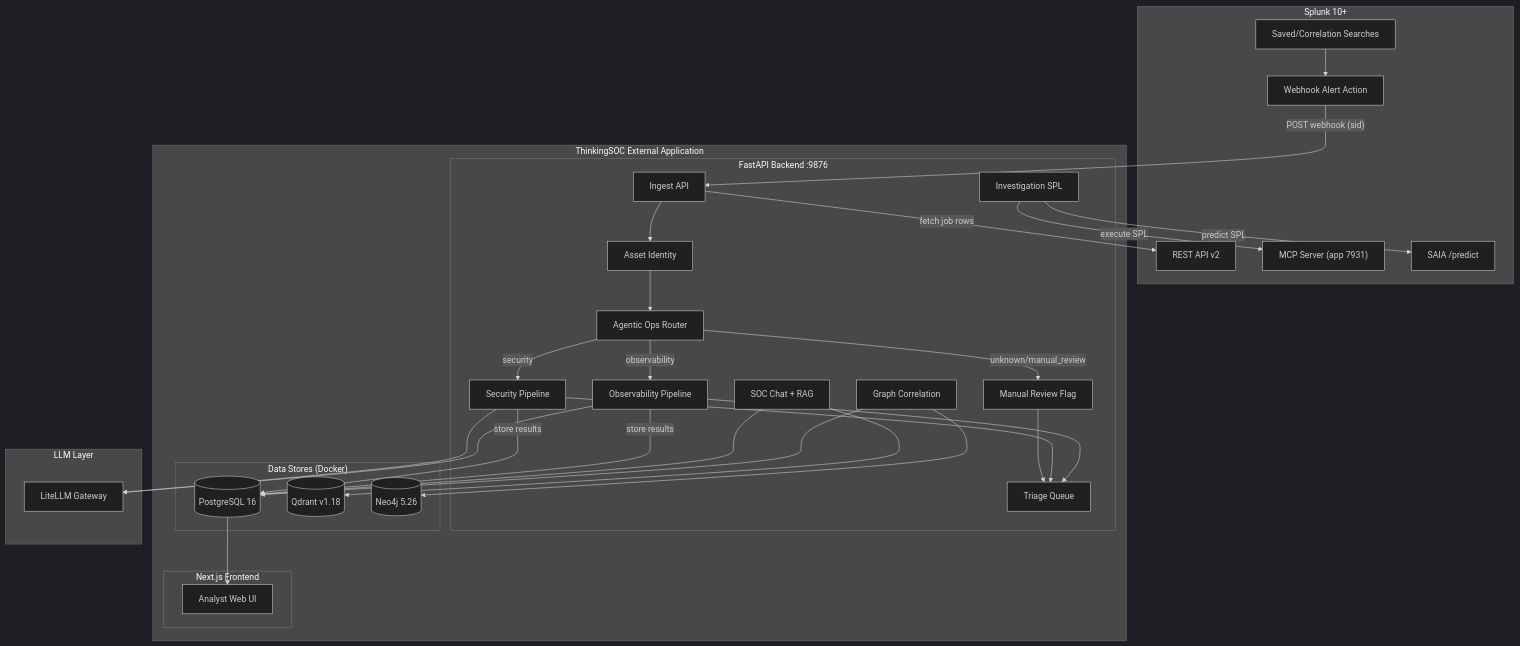
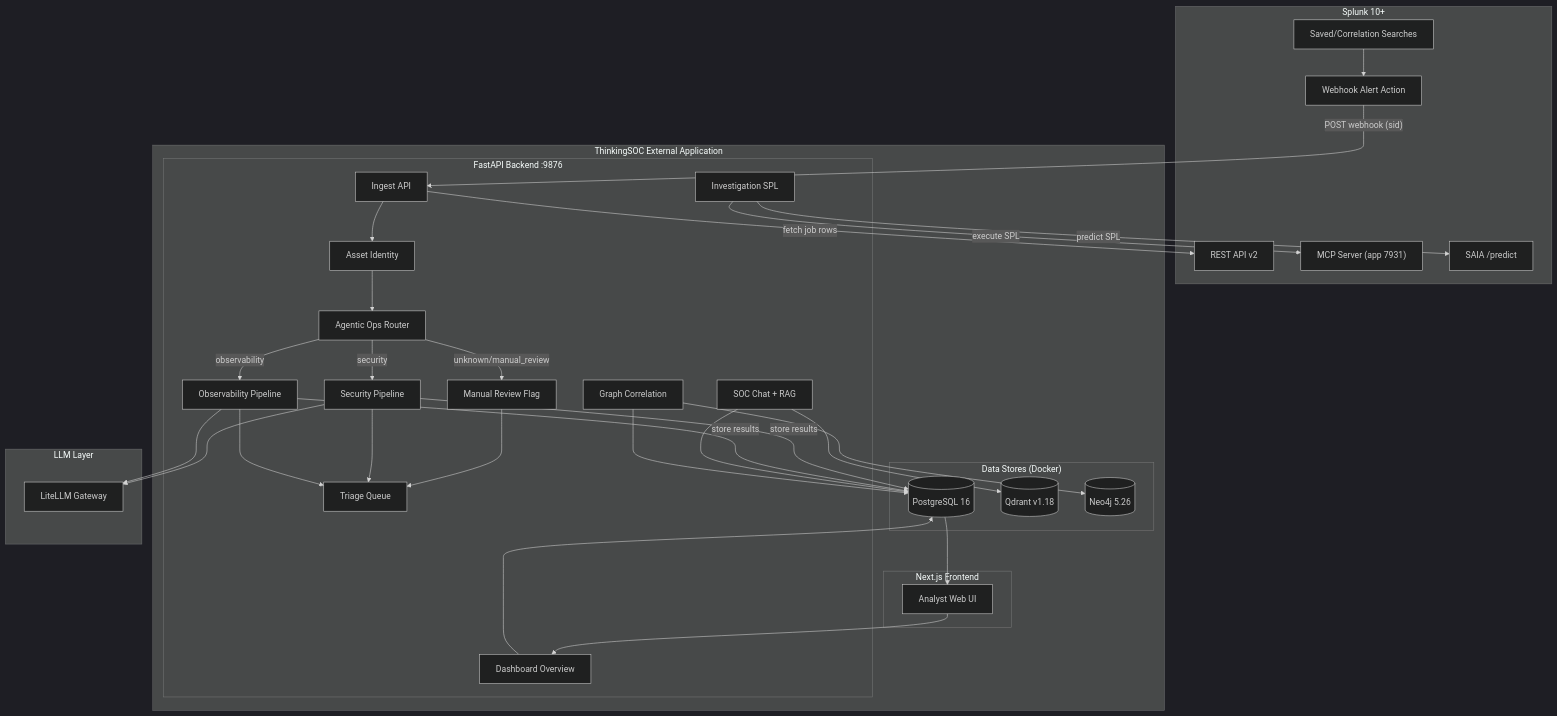
The first of 8 diagrams in docs/architecture-views.md (Sepideh-Asadollahi/ThinkingSOC-splunk-hackathon), drawn with Mermaid (dark theme) before and after one commit. The commit also changed other lines of this file and 55 other files, not shown here.

````diff
--- a/docs/architecture-views.md
+++ b/docs/architecture-views.md
@@ -11,62 +11,65 @@
 ```mermaid
 flowchart TB
   subgraph splunkZone ["Splunk 10+"]
     SavedSearch["Saved/Correlation Searches"]
     AlertAction["Webhook Alert Action"]
     SplunkREST["REST API v2"]
     SplunkMCP["MCP Server (app 7931)"]
     SAIA["SAIA /predict"]
   end
 
   subgraph appZone ["ThinkingSOC External Application"]
     subgraph backend ["FastAPI Backend :9876"]
       IngestAPI["Ingest API"]
       Classifier["Agentic Ops Router"]
       HumanReview["Manual Review Flag"]
       SecPipeline["Security Pipeline"]
       ObsPipeline["Observability Pipeline"]
       Inventory["Asset Identity"]
       SOCChat["SOC Chat + RAG"]
       Correlation["Graph Correlation"]
       TriageQueue["Triage Queue"]
+      Dashboard["Dashboard Overview"]
       InvestSPL["Investigation SPL"]
     end
 
     subgraph dataStores ["Data Stores (Docker)"]
       PG[("PostgreSQL 16")]
       Qdrant[("Qdrant v1.18")]
       Neo4j[("Neo4j 5.26")]
     end
 
     subgraph frontendZone ["Next.js Frontend"]
       WebUI["Analyst Web UI"]
     end
   end
 
   subgraph llmZone ["LLM Layer"]
     LiteLLM["LiteLLM Gateway"]
   end
 
   SavedSearch --> AlertAction
   AlertAction -->|"POST webhook (sid)"| IngestAPI
   IngestAPI -->|"fetch job rows"| SplunkREST
   IngestAPI --> Inventory
   Inventory --> Classifier
   Classifier -->|security| SecPipeline
   Classifier -->|observability| ObsPipeline
   Classifier -->|unknown/manual_review| HumanReview
   HumanReview --> TriageQueue
   SecPipeline --> TriageQueue
   ObsPipeline --> TriageQueue
   SecPipeline -->|"store results"| PG
   ObsPipeline -->|"store results"| PG
   InvestSPL -->|"predict SPL"| SAIA
   InvestSPL -->|"execute SPL"| SplunkMCP
   SecPipeline --> LiteLLM
   ObsPipeline --> LiteLLM
   SOCChat --> Qdrant
   SOCChat --> PG
   Correlation --> Neo4j
   Correlation --> PG
+  Dashboard --> PG
+  WebUI --> Dashboard
   PG --> WebUI
 ```
````
